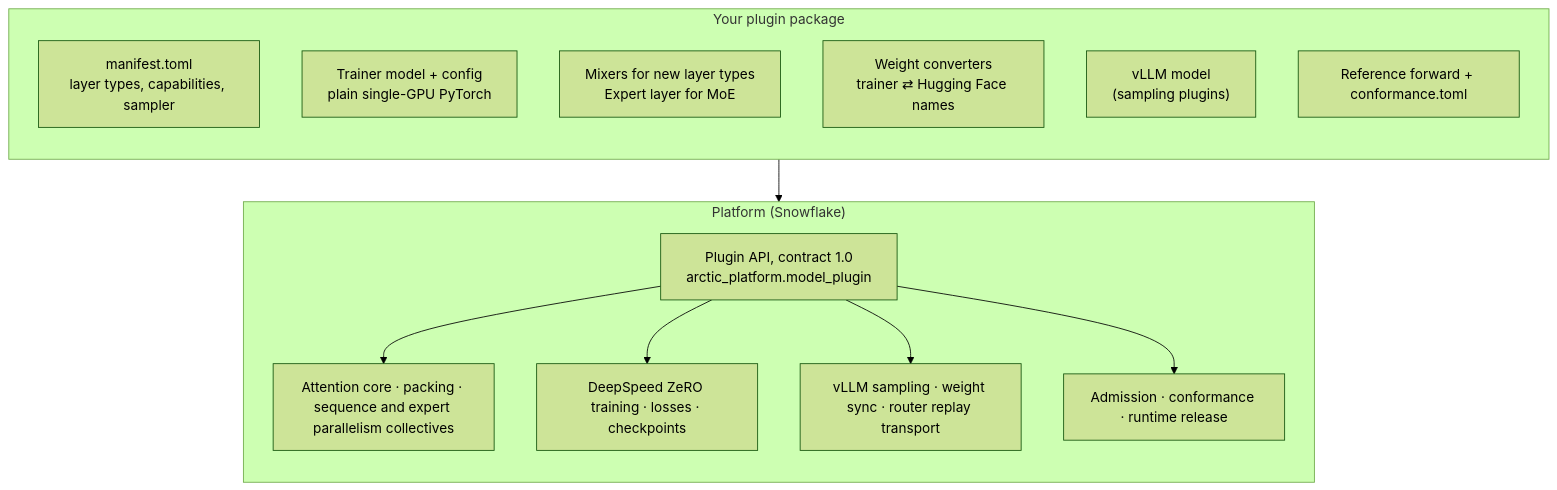
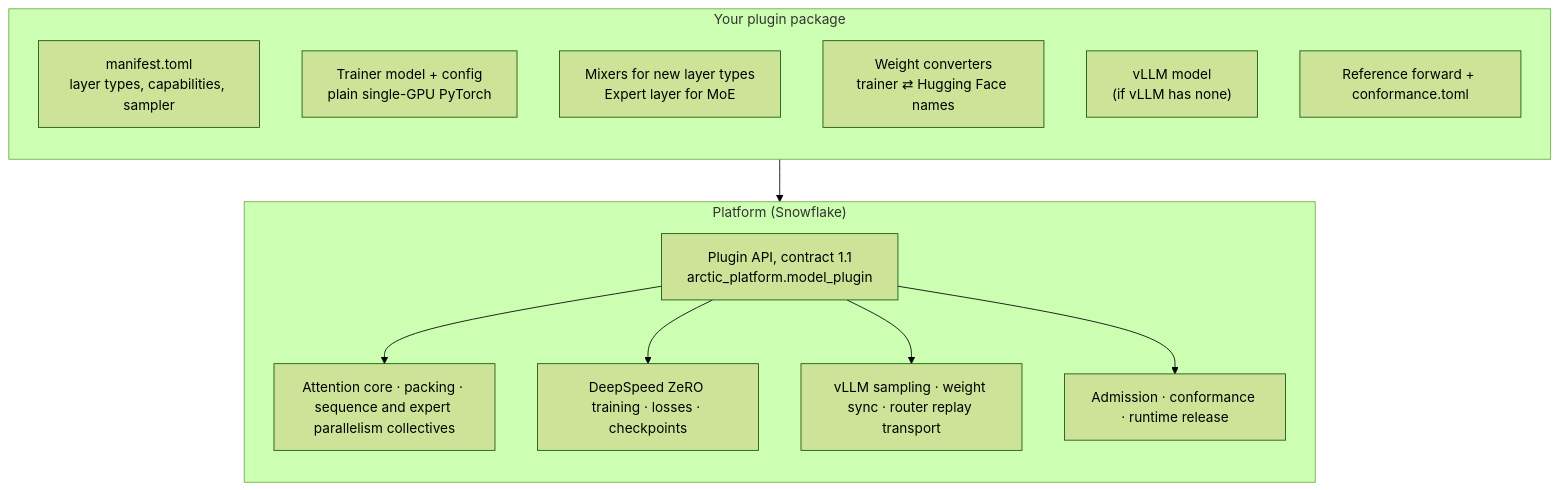
Before and after one commit to Snowflake-AI-Research/Arctic-Platform: the first of 10 diagrams in docs/model-plugins/spec.md, drawn with Mermaid (forest theme). The commit also changed other lines of this file and 16 other files, not shown here.

````diff
--- a/docs/model-plugins/spec.md
+++ b/docs/model-plugins/spec.md
@@ -34,22 +197,22 @@
 ```mermaid
 flowchart TB
     subgraph customer["Your plugin package"]
         direction TB
         M["manifest.toml<br/>layer types, capabilities, sampler"]
         T["Trainer model + config<br/>plain single-GPU PyTorch"]
         X["Mixers for new layer types<br/>Expert layer for MoE"]
         W["Weight converters<br/>trainer ⇄ Hugging Face names"]
-        V["vLLM model<br/>(sampling plugins)"]
+        V["vLLM model<br/>(if vLLM has none)"]
         R["Reference forward + conformance.toml"]
     end
     subgraph platform["Platform (Snowflake)"]
         direction TB
-        A["Plugin API, contract 1.0<br/>arctic_platform.model_plugin"]
+        A["Plugin API, contract 1.1<br/>arctic_platform.model_plugin"]
         P["Attention core · packing · sequence and expert parallelism collectives"]
         D["DeepSpeed ZeRO training · losses · checkpoints"]
         S["vLLM sampling · weight sync · router replay transport"]
         C["Admission · conformance · runtime release"]
     end
     customer --> A
     A --> P & D & S & C
 ```
````
